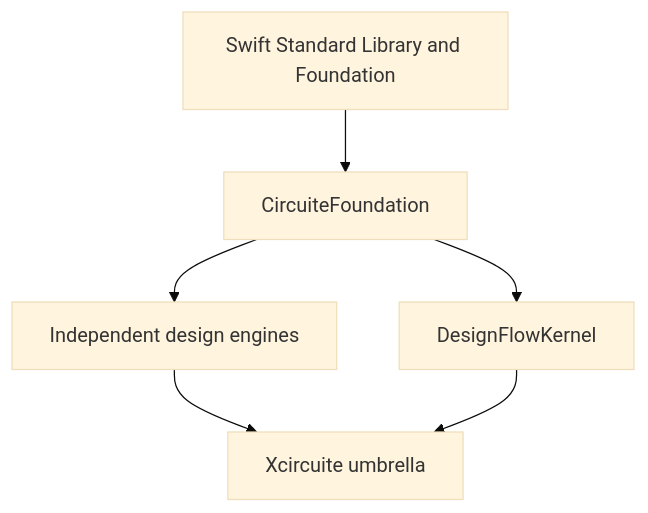
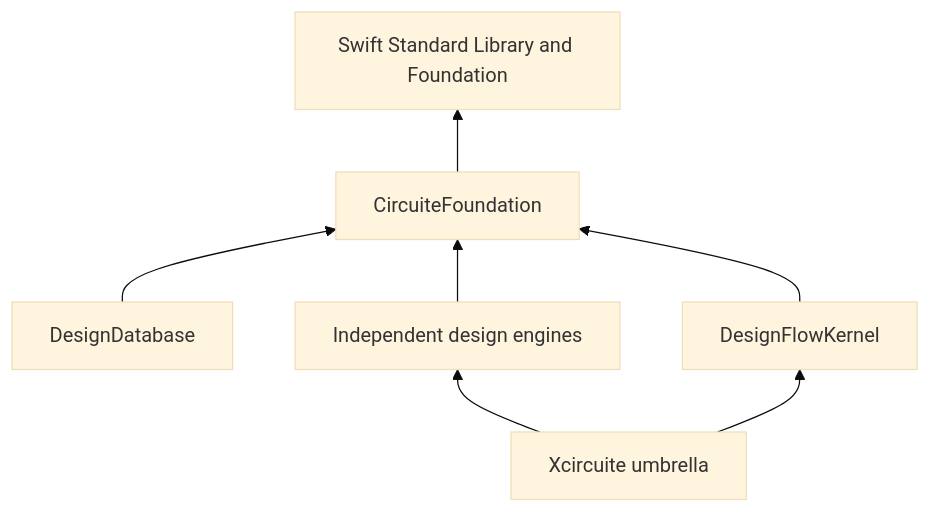
The diagram in README.md (1amageek/CircuiteFoundation), drawn with Mermaid (base theme) before and after one commit. The commit also changed other lines of this file and 49 other files, not shown here.

Commit message:
Define canonical design database contracts

````diff
--- a/README.md
+++ b/README.md
@@ -6,14 +7,16 @@
 ```mermaid
-flowchart TD
+flowchart BT
   Swift["Swift Standard Library and Foundation"]
   Common["CircuiteFoundation"]
+  Database["DesignDatabase"]
   Engines["Independent design engines"]
   Flow["DesignFlowKernel"]
   Umbrella["Xcircuite umbrella"]
 
-  Swift --> Common
-  Common --> Engines
-  Common --> Flow
-  Engines --> Umbrella
-  Flow --> Umbrella
+  Common --> Swift
+  Database --> Common
+  Engines --> Common
+  Flow --> Common
+  Umbrella --> Engines
+  Umbrella --> Flow
 ```
````
